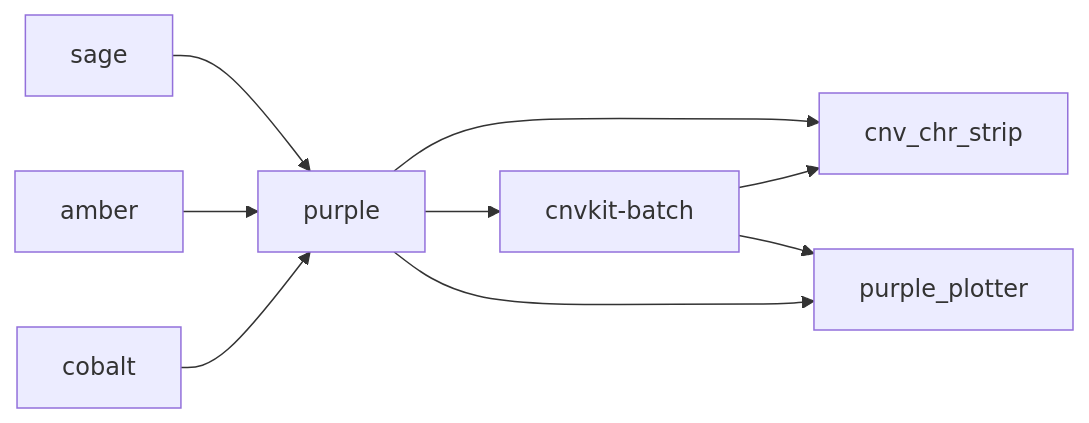
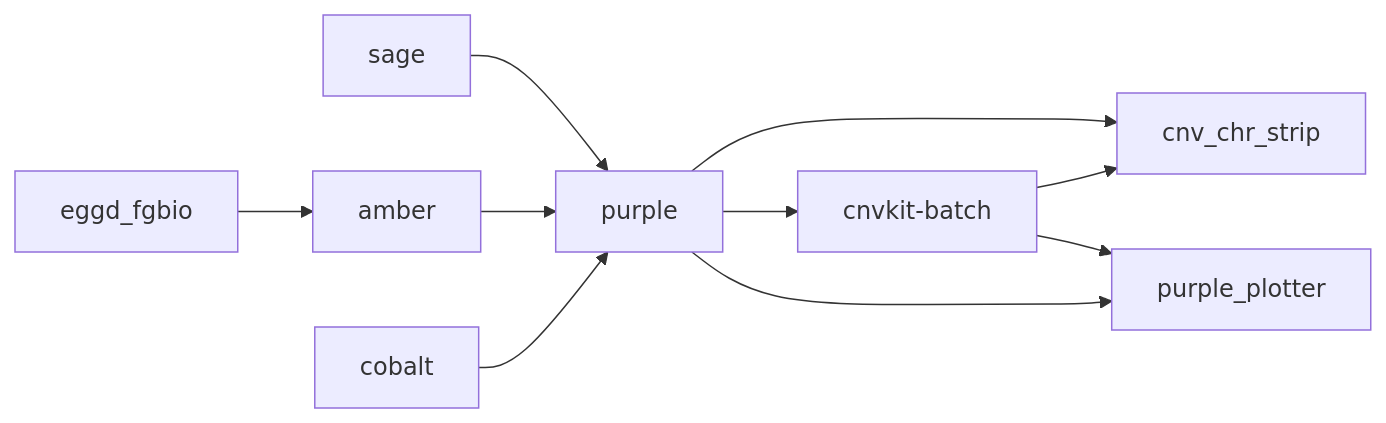
The diagram in README.md (eastgenomics/eggd_atlas_cnv_workflow), drawn with Mermaid before and after one commit. The commit also changed other lines of this file and 1 other file, not shown here.

Commit message:
add fgbio & update plotter

````diff
--- a/README.md
+++ b/README.md
@@ -6,13 +6,15 @@
 ```mermaid
 flowchart LR
+
     sage --> purple
+    eggd_fgbio --> amber
     amber --> purple
     cobalt --> purple
 
     purple --> cnvkit_batch[cnvkit-batch]
     purple --> cnv_chr_strip
     cnvkit_batch --> cnv_chr_strip
 
     cnvkit_batch --> purple_plotter
     purple --> purple_plotter
 ```
````
